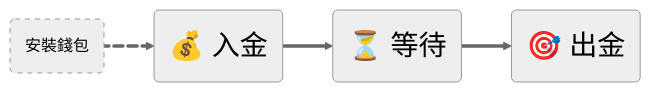
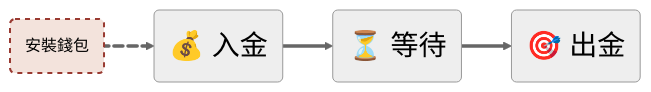
Before and after one commit to ChihChengLiang/notes: the fourth of 7 diagrams in notes/2026-07-27_privacy_pools/slides.md, drawn with Mermaid (neutral theme). The commit also changed other lines of this file, not shown here.

````diff
--- a/notes/2026-07-27_privacy_pools/slides.md
+++ b/notes/2026-07-27_privacy_pools/slides.md
@@ -159,15 +163,17 @@
 ```mermaid
 flowchart LR
     AA("安裝錢包")
     A("💰 入金")
     B("⏳ 等待")
     C("🎯 出金")
 
     AA e1@==> A ==> B ==> C
 
-    style AA stroke-dasharray: 5 5
     style A font-size:28px
     style B font-size:28px
     style C font-size:28px
     e1@{ animate: true }
+
+    classDef pulse fill:#f3e3dc,stroke:#993a31,stroke-width:2px,stroke-dasharray:5 5,animation:mermaid-pulse 1.6s ease-in-out infinite
+    class AA pulse
 ```
````
